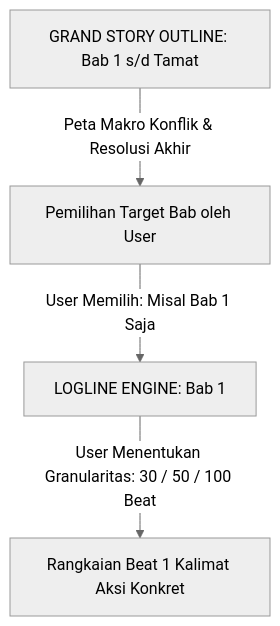
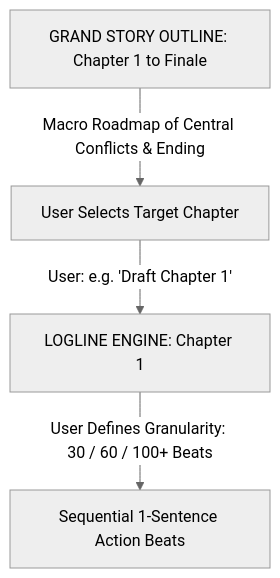
Before and after one commit to dwianggororeal/detailed-novel-agent-skill: the first of 2 diagrams in .agents/skills/duidwidev-novel/references/story_outline_guide.md, drawn with Mermaid (neutral theme). The commit also changed other lines of this file and 57 other files, not shown here.

````diff
--- a/.agents/skills/duidwidev-novel/references/story_outline_guide.md
+++ b/.agents/skills/duidwidev-novel/references/story_outline_guide.md
@@ -9,6 +9,6 @@
 ```mermaid
 graph TD
-    A[GRAND STORY OUTLINE: Bab 1 s/d Tamat] -->|Peta Makro Konflik & Resolusi Akhir| B[Pemilihan Target Bab oleh User]
-    B -->|User Memilih: Misal Bab 1 Saja| C[LOGLINE ENGINE: Bab 1]
-    C -->|User Menentukan Granularitas: 30 / 50 / 100 Beat| D[Rangkaian Beat 1 Kalimat Aksi Konkret]
+    A[GRAND STORY OUTLINE: Chapter 1 to Finale] -->|Macro Roadmap of Central Conflicts & Ending| B[User Selects Target Chapter]
+    B -->|User: e.g. 'Draft Chapter 1'| C[LOGLINE ENGINE: Chapter 1]
+    C -->|User Defines Granularity: 30 / 60 / 100+ Beats| D[Sequential 1-Sentence Action Beats]
 ```
````
